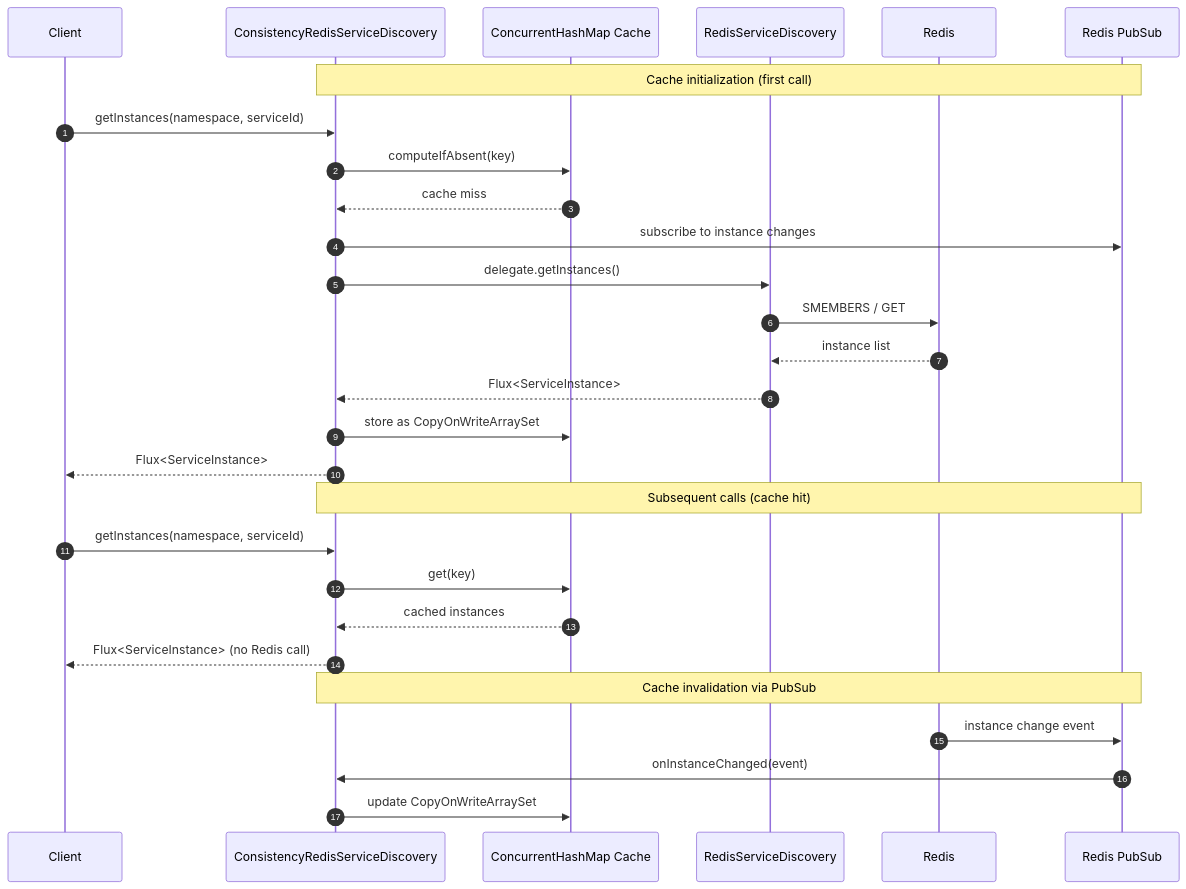
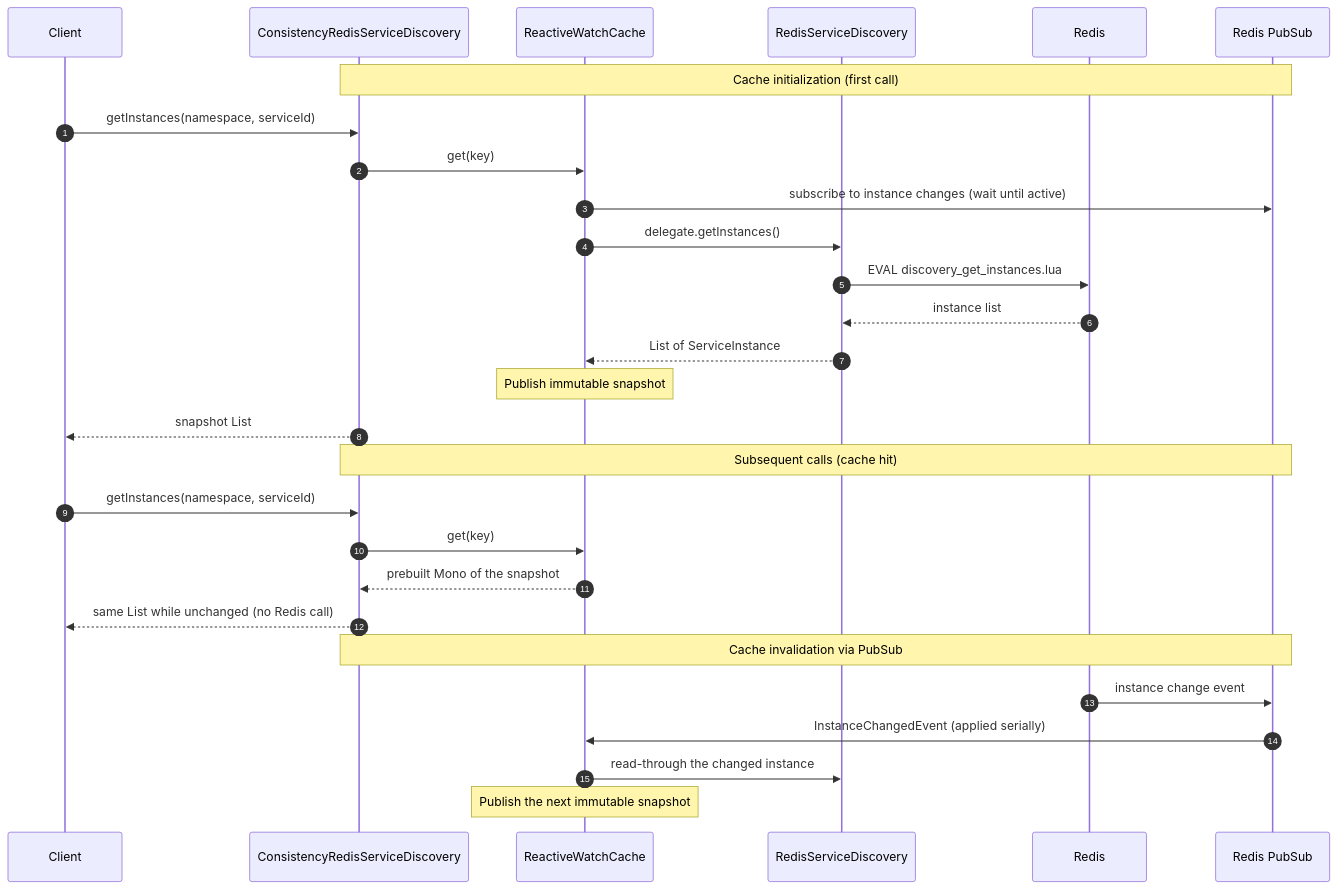
One commit to Ahoo-Wang/CoSky changed the fourth of 6 diagrams in wiki/guide/performance.md. Above: the diagram before and after it, drawn with Mermaid. The commit also changed other lines of this file and 35 other files, not shown here.

````diff
--- a/wiki/guide/performance.md
+++ b/wiki/guide/performance.md
@@ -147,33 +147,33 @@
 ```mermaid
 sequenceDiagram
     autonumber
     participant C as Client
     participant CRD as ConsistencyRedisServiceDiscovery
-    participant Cache as ConcurrentHashMap Cache
+    participant Cache as ReactiveWatchCache
     participant RSD as RedisServiceDiscovery
     participant Redis as Redis
     participant PubSub as Redis PubSub
 
     Note over CRD,PubSub: Cache initialization (first call)
     C->>CRD: getInstances(namespace, serviceId)
-    CRD->>Cache: computeIfAbsent(key)
-    Cache-->>CRD: cache miss
-    CRD->>PubSub: subscribe to instance changes
-    CRD->>RSD: delegate.getInstances()
-    RSD->>Redis: SMEMBERS / GET
+    CRD->>Cache: get(key)
+    Cache->>PubSub: subscribe to instance changes (wait until active)
+    Cache->>RSD: delegate.getInstances()
+    RSD->>Redis: EVAL discovery_get_instances.lua
     Redis-->>RSD: instance list
-    RSD-->>CRD: Flux<ServiceInstance>
-    CRD->>Cache: store as CopyOnWriteArraySet
-    CRD-->>C: Flux<ServiceInstance>
+    RSD-->>Cache: List of ServiceInstance
+    Note over Cache: Publish immutable snapshot
+    CRD-->>C: snapshot List
 
     Note over CRD,PubSub: Subsequent calls (cache hit)
     C->>CRD: getInstances(namespace, serviceId)
     CRD->>Cache: get(key)
-    Cache-->>CRD: cached instances
-    CRD-->>C: Flux<ServiceInstance> (no Redis call)
+    Cache-->>CRD: prebuilt Mono of the snapshot
+    CRD-->>C: same List while unchanged (no Redis call)
 
     Note over CRD,PubSub: Cache invalidation via PubSub
     Redis->>PubSub: instance change event
-    PubSub->>CRD: onInstanceChanged(event)
-    CRD->>Cache: update CopyOnWriteArraySet
+    PubSub->>Cache: InstanceChangedEvent (applied serially)
+    Cache->>RSD: read-through the changed instance
+    Note over Cache: Publish the next immutable snapshot
 ```
````
